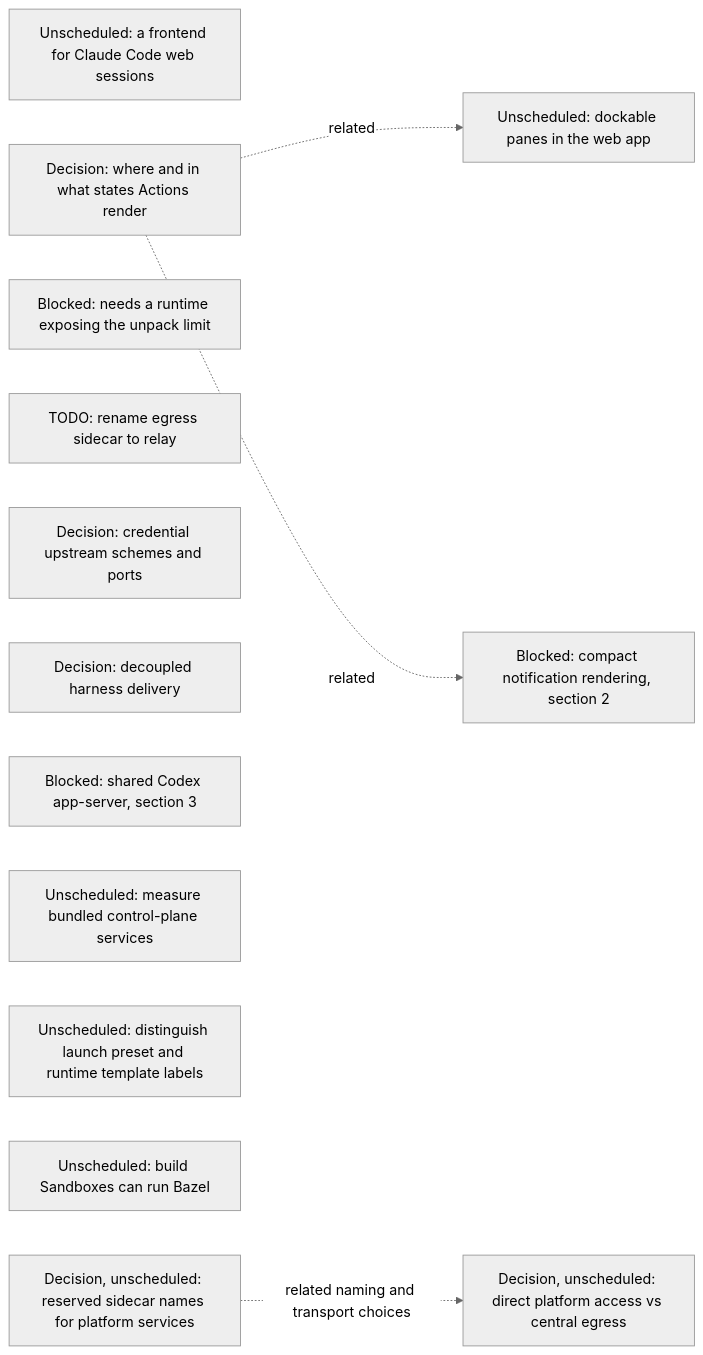
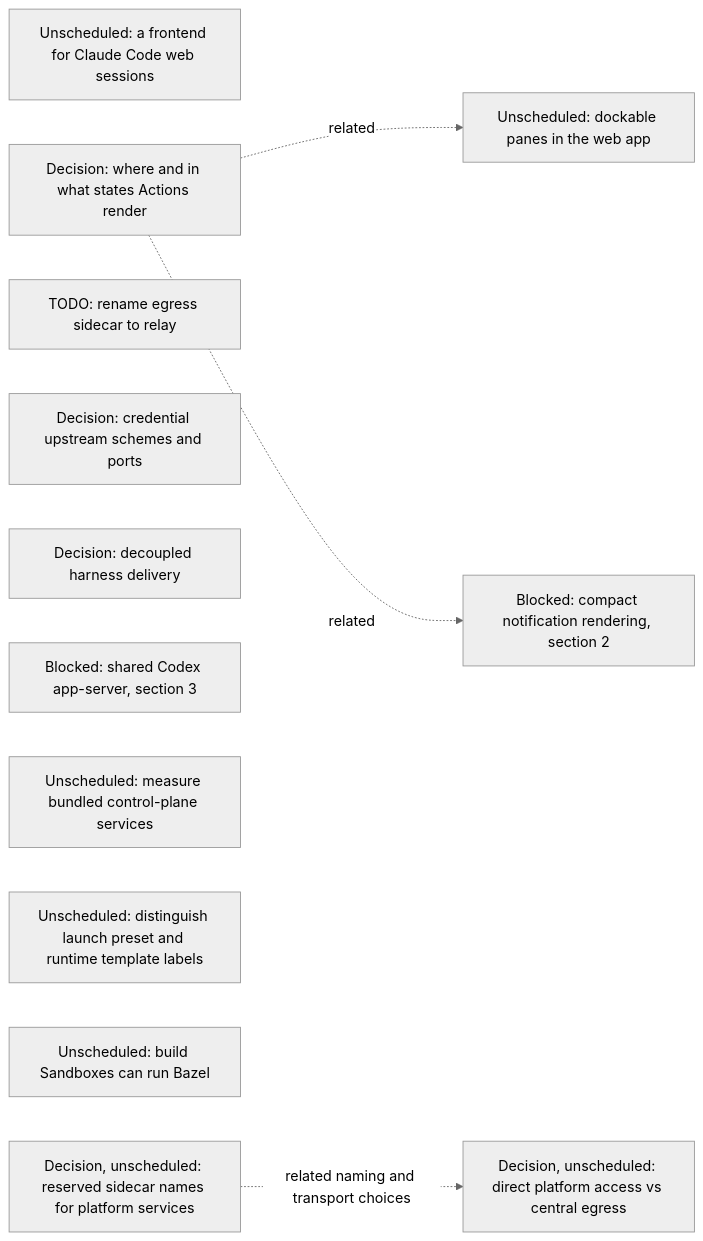
The seventh of 17 diagrams in agentplane/plans/task_dag.md (agentydragon-agent/ducktape), drawn with Mermaid (neutral theme) before and after one commit. The commit also changed other lines of this file and 1 other file, not shown here.

First line of the commit message:
agentplane: delete the K3S_IMPORT_CONCURRENCY node (#11322)

````diff
--- a/agentplane/plans/task_dag.md
+++ b/agentplane/plans/task_dag.md
@@ -820,20 +820,19 @@
 ```mermaid
 flowchart LR
     CLAUDE_CODE_WEB_BRIDGE[Unscheduled: a frontend for Claude Code web sessions]
     ACTION_SURFACES_DESIGN[Decision: where and in what states Actions render]
-    K3S_IMPORT_CONCURRENCY[Blocked: needs a runtime exposing the unpack limit]
     EGRESS_RELAY_RENAME[TODO: rename egress sidecar to relay]
     EGRESS_CREDENTIAL_TRANSPORT_DESIGN[Decision: credential upstream schemes and ports]
     RUNNER_HARNESS_DELIVERY_DESIGN[Decision: decoupled harness delivery]
     RUNNER_CODEX_SHARED_PROCESS[Blocked: shared Codex app-server, section 3]
     K3S_BUNDLED_SERVICES_SPIKE[Unscheduled: measure bundled control-plane services]
     DOCKABLE_PANES[Unscheduled: dockable panes in the web app]
     ACTION_SURFACES_DESIGN -. related .-> DOCKABLE_PANES
     NOTIFICATION_PRESENTATION[Blocked: compact notification rendering, section 2]
     ACTION_SURFACES_DESIGN -. related .-> NOTIFICATION_PRESENTATION
     SANDBOX_FORM_TERMINOLOGY[Unscheduled: distinguish launch preset and runtime template labels]
     BUILD_BOX_BAZEL[Unscheduled: build Sandboxes can run Bazel]
     PLATFORM_SERVICE_NAMES_DESIGN[Decision, unscheduled: reserved sidecar names for platform services]
     PLATFORM_SERVICE_ROUTING_DESIGN[Decision, unscheduled: direct platform access vs central egress]
     PLATFORM_SERVICE_NAMES_DESIGN -. related naming and transport choices .-> PLATFORM_SERVICE_ROUTING_DESIGN
 ```
````
